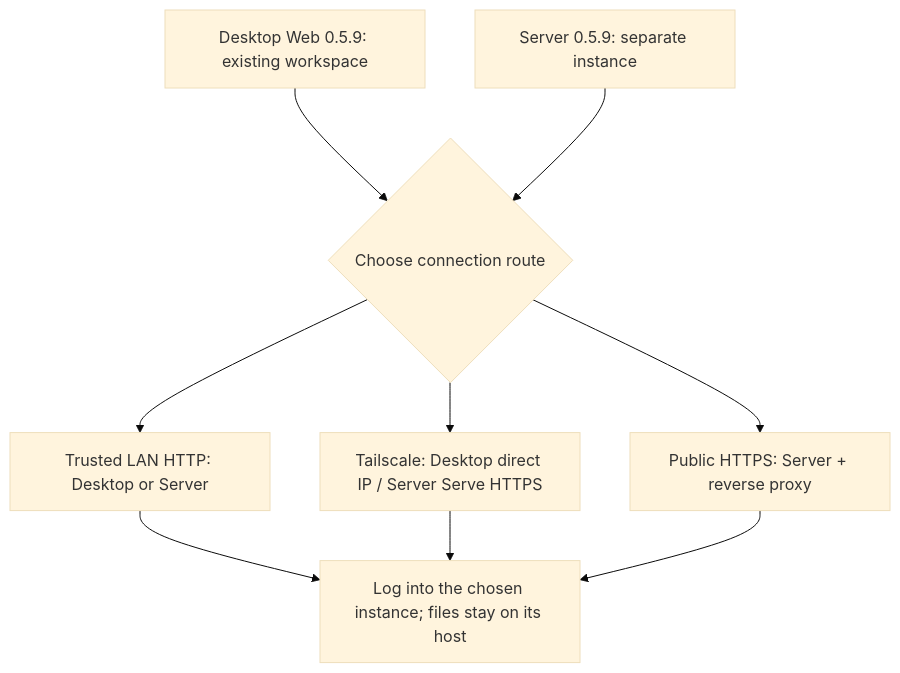
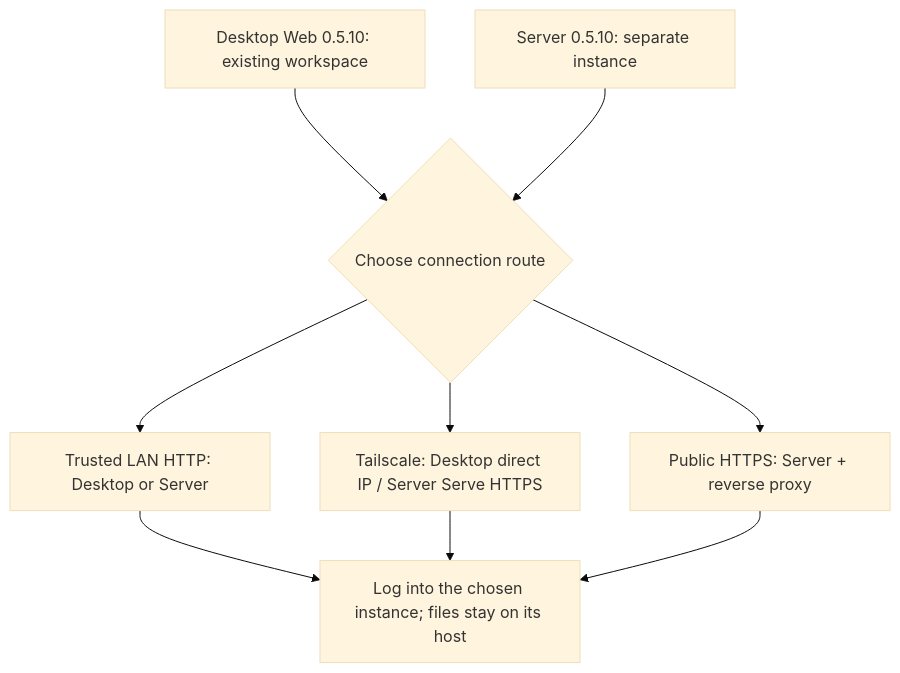
One commit to murray17/rovai-ai changed the diagram in website/site/public/assets/diagrams/deployment-choice-en.mmd. Above: the diagram before and after it, drawn with Mermaid (base theme). The commit also changed 10 other files, not shown here.

```diff
--- a/website/site/public/assets/diagrams/deployment-choice-en.mmd
+++ b/website/site/public/assets/diagrams/deployment-choice-en.mmd
@@ -1,12 +1,12 @@
 flowchart TB
-  desktop["Desktop Web 0.5.9: existing workspace"]
-  server["Server 0.5.9: separate instance"]
+  desktop["Desktop Web 0.5.10: existing workspace"]
+  server["Server 0.5.10: separate instance"]
   choice{"Choose connection route"}
   desktop --> choice
   server --> choice
   choice --> lan["Trusted LAN HTTP: Desktop or Server"]
   choice --> ts["Tailscale: Desktop direct IP / Server Serve HTTPS"]
   choice --> public["Public HTTPS: Server + reverse proxy"]
   lan --> login["Log into the chosen instance; files stay on its host"]
   ts --> login
   public --> login
```
